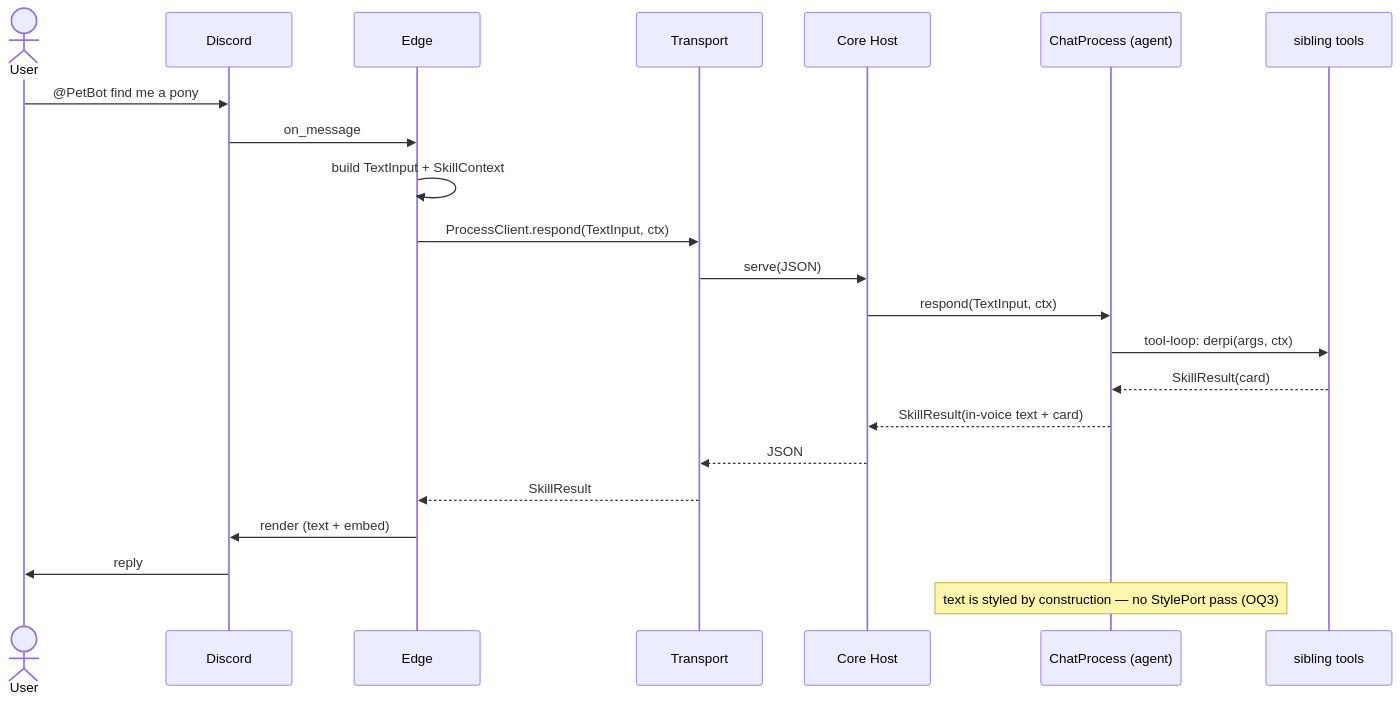
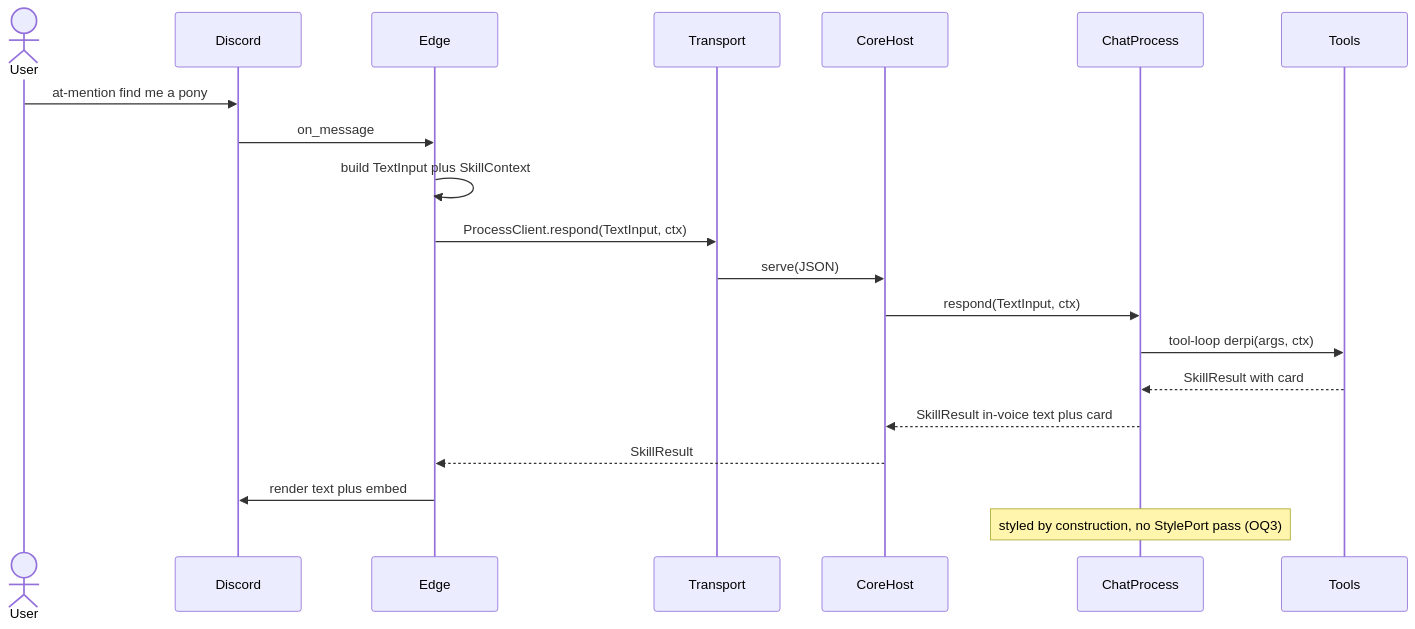
The third of 6 diagrams in docs/refactor/process-pipeline-reframe.md (auzbuzzard/petbot), drawn with Mermaid before and after one commit. The commit also changed other lines of this file, not shown here.

First line of the commit message:
docs(refactor): process-pipeline reframe working doc

````diff
--- a/docs/refactor/process-pipeline-reframe.md
+++ b/docs/refactor/process-pipeline-reframe.md
@@ -97,25 +207,23 @@
 ```mermaid
 sequenceDiagram
     actor U as User
     participant D as Discord
     participant E as Edge
     participant T as Transport
-    participant H as Core Host
-    participant CP as ChatProcess (agent)
-    participant Tools as sibling tools
+    participant H as CoreHost
+    participant CP as ChatProcess
+    participant TL as Tools
 
-    U->>D: @PetBot find me a pony
+    U->>D: at-mention find me a pony
     D->>E: on_message
-    E->>E: build TextInput + SkillContext
+    E->>E: build TextInput plus SkillContext
     E->>T: ProcessClient.respond(TextInput, ctx)
     T->>H: serve(JSON)
     H->>CP: respond(TextInput, ctx)
-    CP->>Tools: tool-loop: derpi(args, ctx)
-    Tools-->>CP: SkillResult(card)
-    CP-->>H: SkillResult(in-voice text + card)
-    H-->>T: JSON
-    T-->>E: SkillResult
-    E->>D: render (text + embed)
-    D->>U: reply
-    Note over CP: text is styled by construction — no StylePort pass (OQ3)
+    CP->>TL: tool-loop derpi(args, ctx)
+    TL-->>CP: SkillResult with card
+    CP-->>H: SkillResult in-voice text plus card
+    H-->>E: SkillResult
+    E->>D: render text plus embed
+    Note over CP: styled by construction, no StylePort pass (OQ3)
 ```
````
